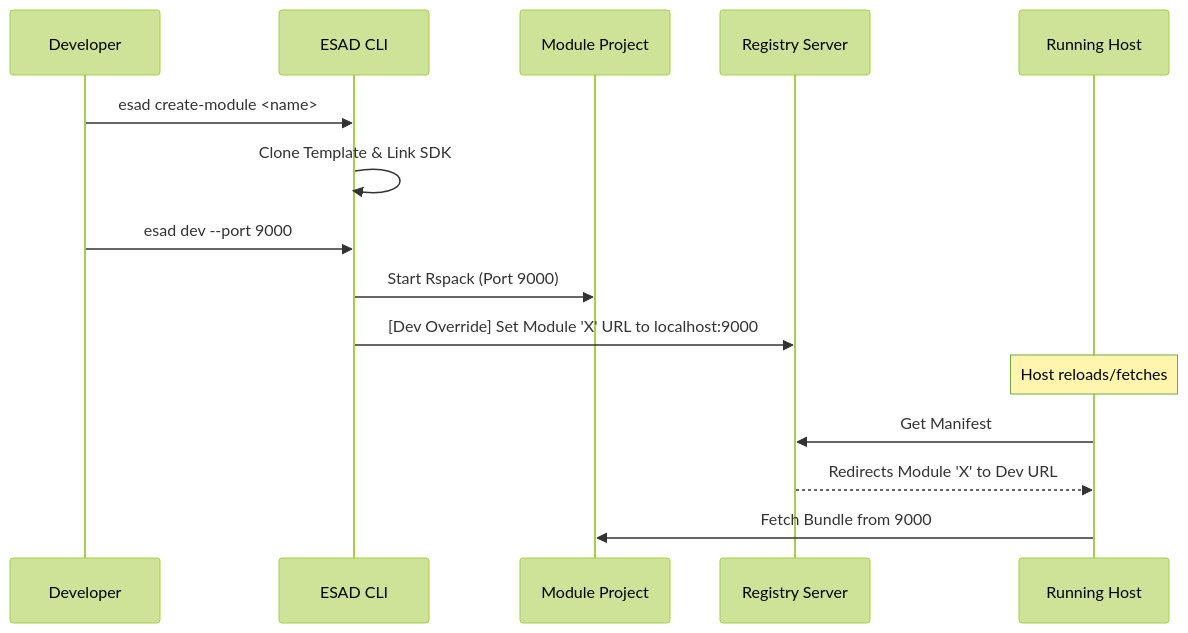
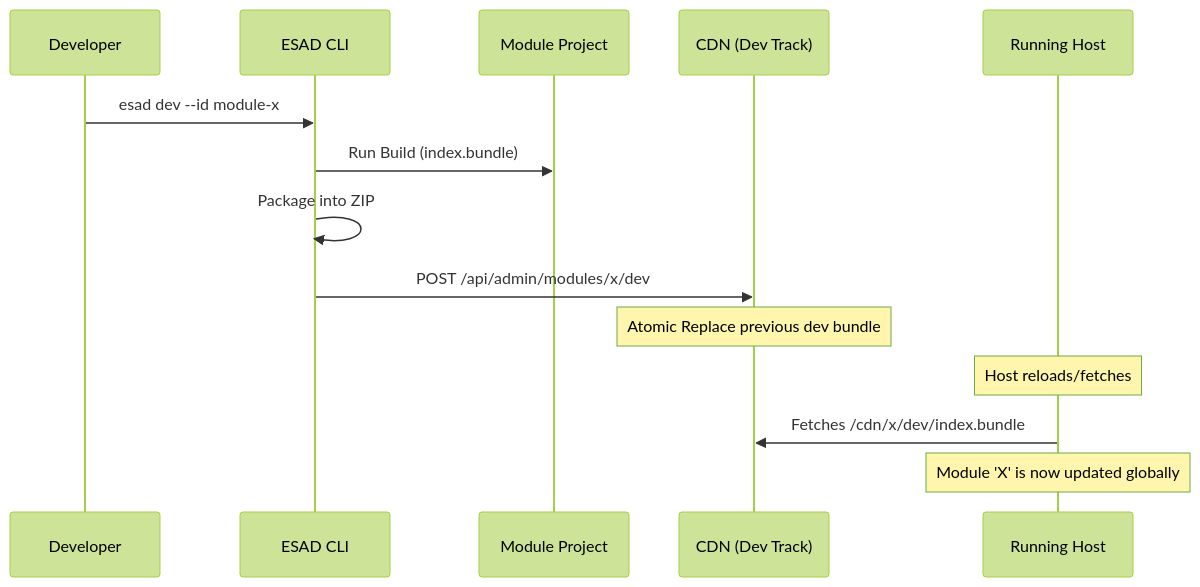
The second of 3 diagrams in ESAD_ARCHITECTURE.md (CodeMoreira/esad), drawn with Mermaid (forest theme) before and after one commit. The commit also changed other lines of this file, not shown here.

Commit message:
docs: update architecture for v1.4.1 (Dev-Cloud & Auto-Sync)

````diff
--- a/ESAD_ARCHITECTURE.md
+++ b/ESAD_ARCHITECTURE.md
@@ -85,20 +88,18 @@
 ```mermaid
 sequenceDiagram
     participant Dev as Developer
     participant CLI as ESAD CLI
     participant Mod as Module Project
-    participant Reg as Registry Server
+    participant CDN as CDN (Dev Track)
     participant Host as Running Host
 
-    Dev->>CLI: esad create-module <name>
-    CLI->>CLI: Clone Template & Link SDK
-    
-    Dev->>CLI: esad dev --port 9000
-    CLI->>Mod: Start Rspack (Port 9000)
-    CLI->>Reg: [Dev Override] Set Module 'X' URL to localhost:9000
-    
+    Dev->>CLI: esad dev --id module-x
+    CLI->>Mod: Run Build (index.bundle)
+    CLI->>CLI: Package into ZIP
+    CLI->>CDN: POST /api/admin/modules/x/dev
+    Note over CDN: Atomic Replace previous dev bundle
+
     Note over Host: Host reloads/fetches
-    Host->>Reg: Get Manifest
-    Reg-->>Host: Redirects Module 'X' to Dev URL
-    Host->>Mod: Fetch Bundle from 9000
+    Host->>CDN: Fetches /cdn/x/dev/index.bundle
+    Note over Host: Module 'X' is now updated globally
 ```
````
